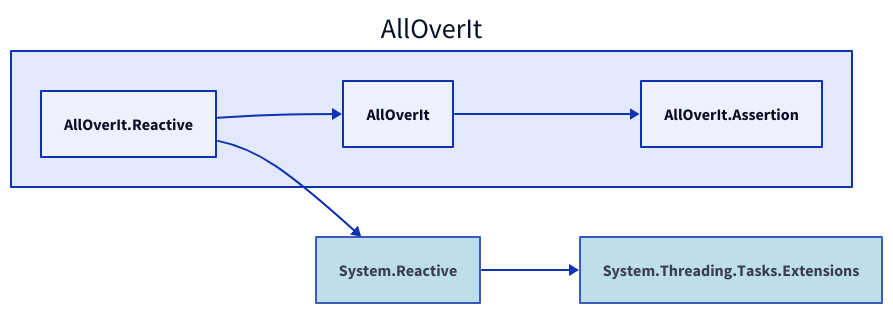
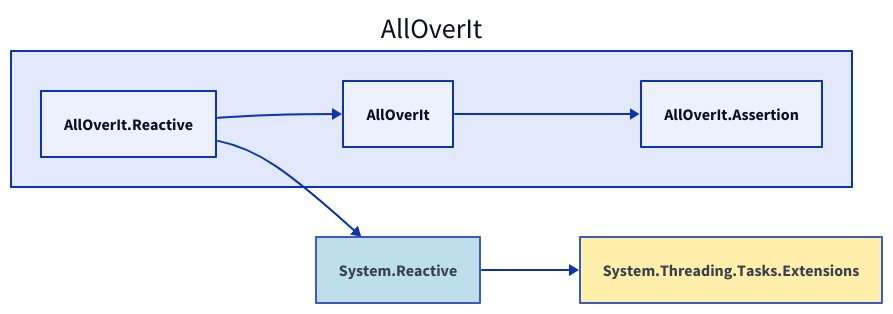
Before and after one commit to nickathone/AllOverIt: the diagram in Docs/Dependencies/alloverit-reactive.d2, drawn with D2. The commit also changed 71 other files, not shown here.

Commit message:
Dependency diagram updates

```diff
--- a/Docs/Dependencies/alloverit-reactive.d2
+++ b/Docs/Dependencies/alloverit-reactive.d2
@@ -1,17 +1,16 @@
 direction: right
 
 aoi: AllOverIt
 aoi.alloverit-reactive: AllOverIt.Reactive
+system-reactive: System.Reactive
+system-reactive.style.fill: "#ADD8E6"
+system-reactive.style.opacity: 0.8
+system-threading-tasks-extensions: System.Threading.Tasks.Extensions
+system-threading-tasks-extensions.style.fill: "#FFEC96"
+system-threading-tasks-extensions.style.opacity: 0.8
+system-threading-tasks-extensions <- system-reactive
+system-reactive <- aoi.alloverit-reactive
 aoi.alloverit: AllOverIt
 aoi.alloverit-assertion: AllOverIt.Assertion
-system-reactive: System.Reactive
-system-reactive.style.fill: lightblue
-system-reactive.style.opacity: 0.8
-system-threading-tasks-extensions: System.Threading.Tasks.Extensions
-system-threading-tasks-extensions.style.fill: lightblue
-system-threading-tasks-extensions.style.opacity: 0.8
-
+aoi.alloverit-assertion <- aoi.alloverit
 aoi.alloverit <- aoi.alloverit-reactive
-aoi.alloverit-assertion <- aoi.alloverit
-system-reactive <- aoi.alloverit-reactive
-system-threading-tasks-extensions <- system-reactive
```
